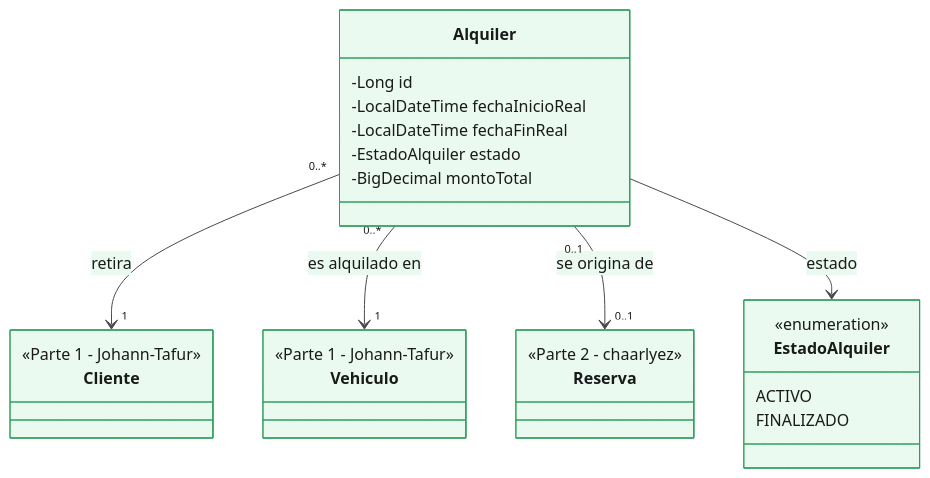
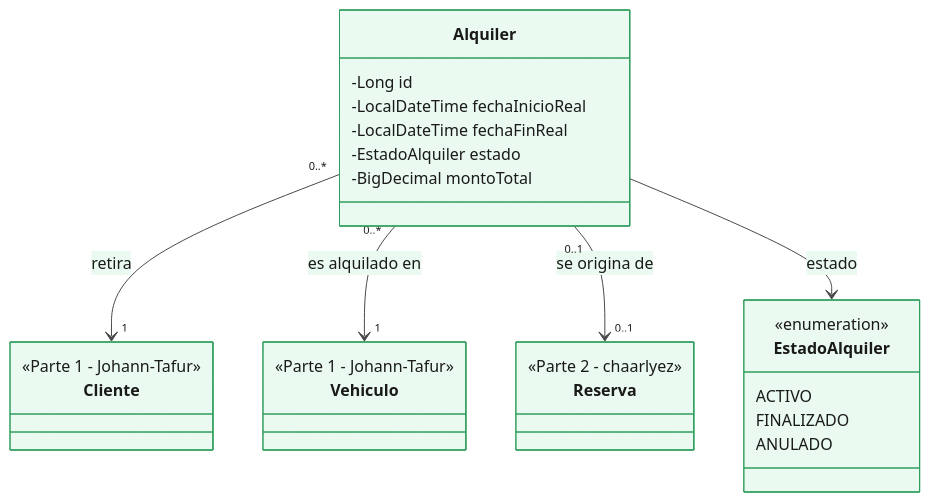
The diagram in docs/03-uml/fuentes/parte3-clases-alquiler.mmd (chaarlyez/Sistema_de_alquiler_de_veh-culos), drawn with Mermaid before and after one commit. The commit also changed 9 other files, not shown here.

First line of the commit message:
docs(uml): agregar anulacion de alquiler e integrar borrado logico (parte 3)

```diff
--- a/docs/03-uml/fuentes/parte3-clases-alquiler.mmd
+++ b/docs/03-uml/fuentes/parte3-clases-alquiler.mmd
@@ -1,48 +1,49 @@
 %%{init: {'theme': 'base', 'themeVariables': {
   'background': '#ffffff',
   'primaryColor': '#eafaf0',
   'primaryBorderColor': '#2f9e5c',
   'primaryTextColor': '#1a1a1a',
   'lineColor': '#4a4a4a',
   'textColor': '#1a1a1a'
 }}}%%
 classDiagram
     class Alquiler {
         -Long id
         -LocalDateTime fechaInicioReal
         -LocalDateTime fechaFinReal
         -EstadoAlquiler estado
         -BigDecimal montoTotal
     }
 
     class EstadoAlquiler {
         <<enumeration>>
         ACTIVO
         FINALIZADO
+        ANULADO
     }
 
     class Cliente {
         <<Parte 1 - Johann-Tafur>>
     }
 
     class Vehiculo {
         <<Parte 1 - Johann-Tafur>>
     }
 
     class Reserva {
         <<Parte 2 - chaarlyez>>
     }
 
     Alquiler "0..*" --> "1" Cliente : retira
     Alquiler "0..*" --> "1" Vehiculo : es alquilado en
     Alquiler "0..1" --> "0..1" Reserva : se origina de
     Alquiler --> EstadoAlquiler : estado
 
     classDef own fill:#eafaf0,stroke:#2f9e5c,color:#1a1a1a
     classDef enum fill:#f3eaff,stroke:#7e3ff2,color:#1a1a1a
     classDef other fill:#f0f0f0,stroke:#9aa5b1,color:#5a5a5a
     class Alquiler:::own
     class EstadoAlquiler:::enum
     class Cliente:::other
     class Vehiculo:::other
     class Reserva:::other
```
